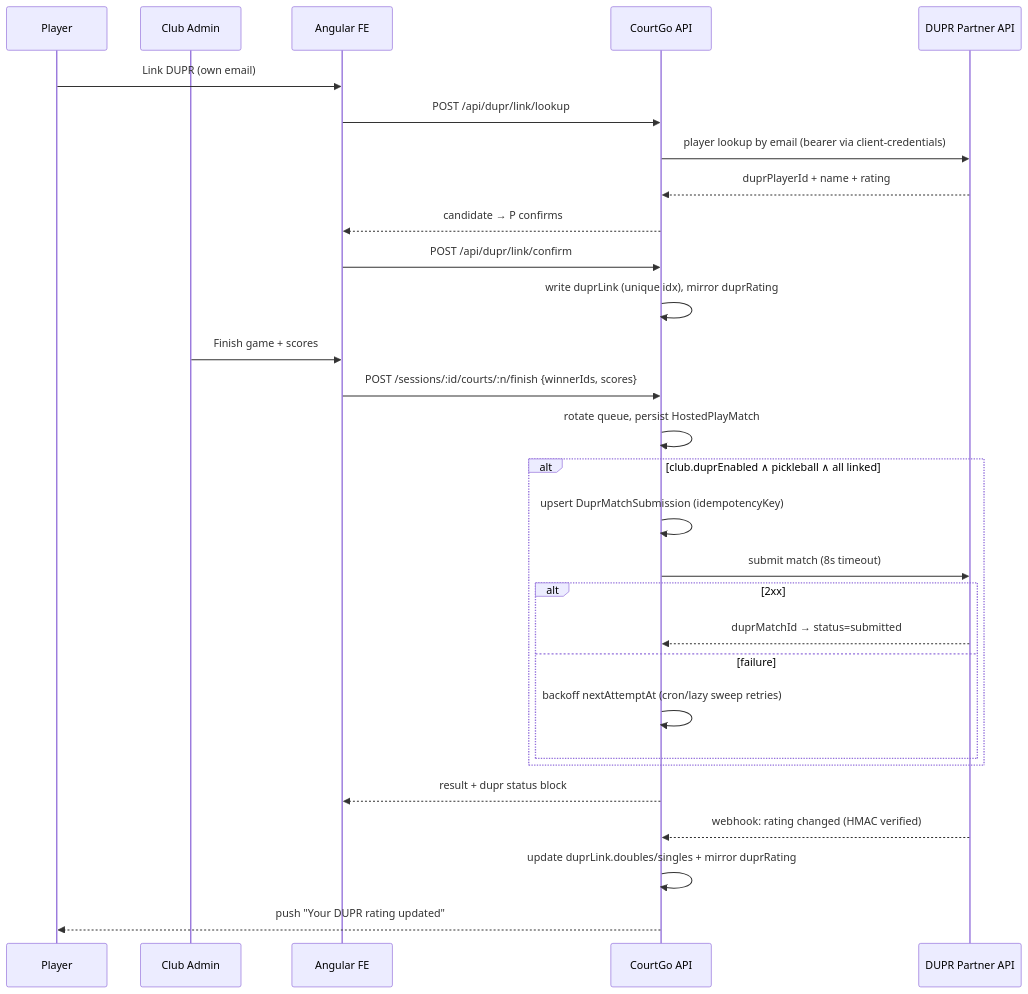
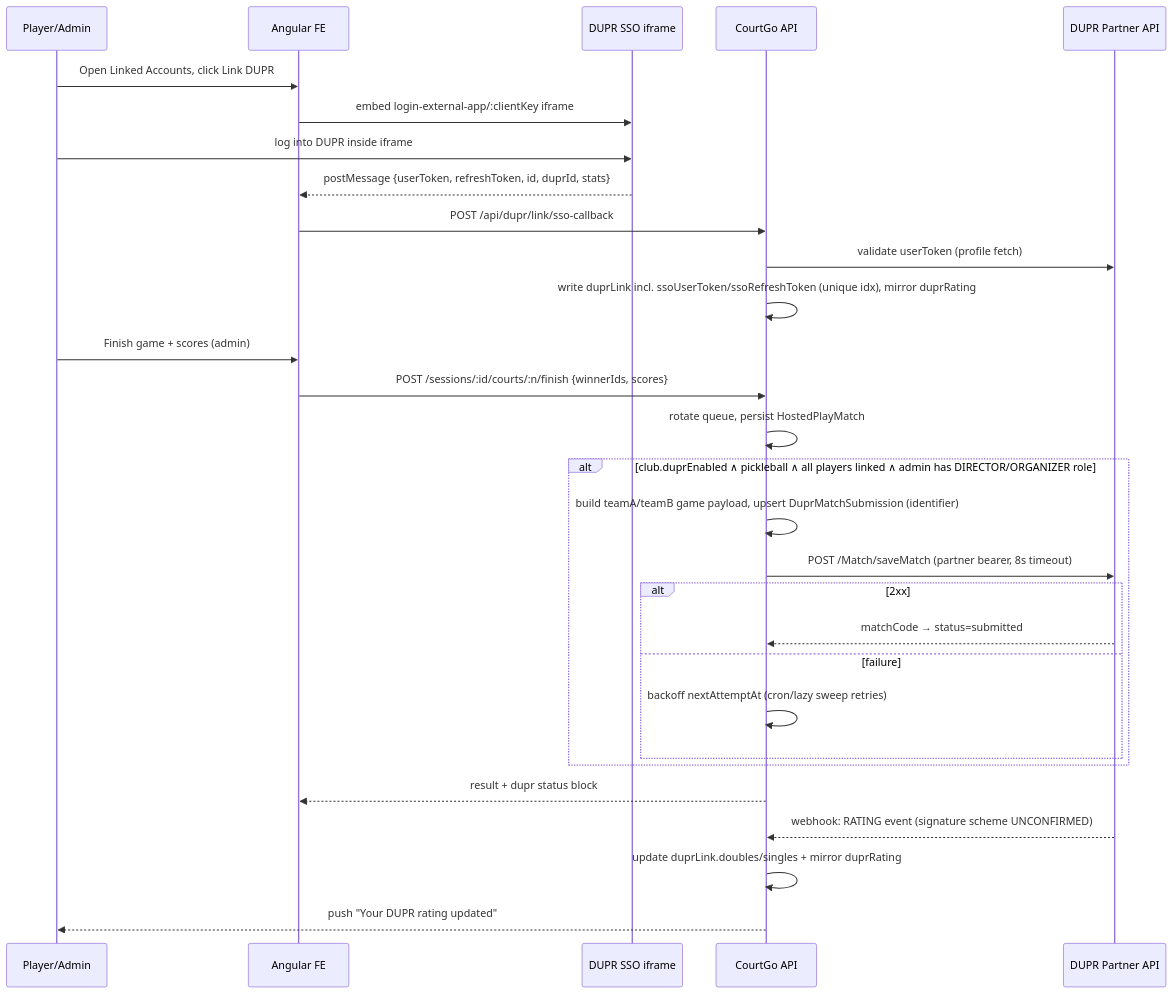
Before and after one commit to roel-sundiam/baseline-gearhub: the diagram in docs/DUPR_INTEGRATION_PLAN.md, drawn with Mermaid. The commit also changed other lines of this file, not shown here.

First line of the commit message:
Correct DUPR integration design after reading the real GitBook

````diff
--- a/docs/DUPR_INTEGRATION_PLAN.md
+++ b/docs/DUPR_INTEGRATION_PLAN.md
@@ -168,34 +177,34 @@
 ```mermaid
 sequenceDiagram
-    participant P as Player
-    participant A as Club Admin
+    participant P as Player/Admin
     participant FE as Angular FE
+    participant D as DUPR SSO iframe
     participant BE as CourtGo API
-    participant D as DUPR Partner API
+    participant DP as DUPR Partner API
 
-    P->>FE: Link DUPR (own email)
-    FE->>BE: POST /api/dupr/link/lookup
-    BE->>D: player lookup by email (bearer via client-credentials)
-    D-->>BE: duprPlayerId + name + rating
-    BE-->>FE: candidate → P confirms
-    FE->>BE: POST /api/dupr/link/confirm
-    BE->>BE: write duprLink (unique idx), mirror duprRating
+    P->>FE: Open Linked Accounts, click Link DUPR
+    FE->>D: embed login-external-app/:clientKey iframe
+    P->>D: log into DUPR inside iframe
+    D-->>FE: postMessage {userToken, refreshToken, id, duprId, stats}
+    FE->>BE: POST /api/dupr/link/sso-callback
+    BE->>DP: validate userToken (profile fetch)
+    BE->>BE: write duprLink incl. ssoUserToken/ssoRefreshToken (unique idx), mirror duprRating
 
-    A->>FE: Finish game + scores
+    P->>FE: Finish game + scores (admin)
     FE->>BE: POST /sessions/:id/courts/:n/finish {winnerIds, scores}
     BE->>BE: rotate queue, persist HostedPlayMatch
-    alt club.duprEnabled ∧ pickleball ∧ all linked
-        BE->>BE: upsert DuprMatchSubmission (idempotencyKey)
-        BE->>D: submit match (8s timeout)
+    alt club.duprEnabled ∧ pickleball ∧ all players linked ∧ admin has DIRECTOR/ORGANIZER role
+        BE->>BE: build teamA/teamB game payload, upsert DuprMatchSubmission (identifier)
+        BE->>DP: POST /Match/saveMatch (partner bearer, 8s timeout)
         alt 2xx
-            D-->>BE: duprMatchId → status=submitted
+            DP-->>BE: matchCode → status=submitted
         else failure
             BE->>BE: backoff nextAttemptAt (cron/lazy sweep retries)
         end
     end
     BE-->>FE: result + dupr status block
 
-    D-->>BE: webhook: rating changed (HMAC verified)
+    DP-->>BE: webhook: RATING event (signature scheme UNCONFIRMED)
     BE->>BE: update duprLink.doubles/singles + mirror duprRating
     BE-->>P: push "Your DUPR rating updated"
 ```
````
